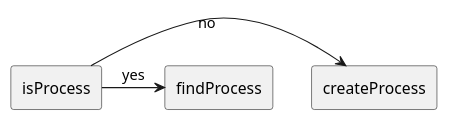
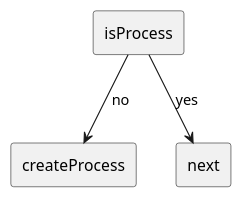
Before and after one commit to oneacik/mindoo: the first of 4 diagrams in public/Processes/The Process.md, drawn with PlantUML. The commit also changed other lines of this file and 14 other files, not shown here.

````diff
--- a/public/Processes/The Process.md
+++ b/public/Processes/The Process.md
@@ -3,8 +3,8 @@
 ```plantuml
 rectangle isProcess
 rectangle createProcess
-rectangle findProcess [[#findProcess yes]]
+rectangle next [[#me yes]]
 
-isProcess -> createProcess : no
-isProcess -> findProcess : yes 
+isProcess --> createProcess : no
+isProcess --> next : yes 
 ```
````
